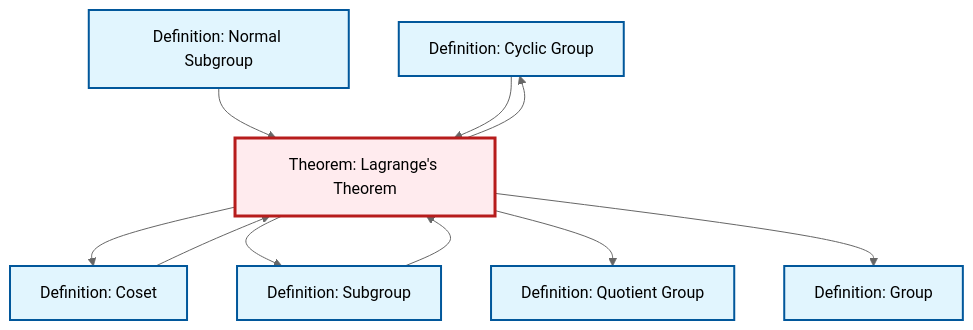
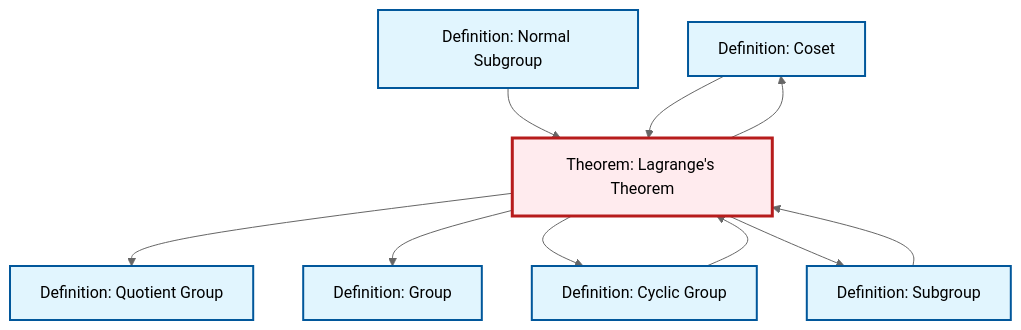
One commit to RK0429/ModernMath changed the diagram in content/ja/algebra/thm-lagrange.qmd. Above: the diagram before and after it, drawn with Mermaid (neutral theme). The commit also changed other lines of this file and 434 other files, not shown here.

````diff
--- a/content/ja/algebra/thm-lagrange.qmd
+++ b/content/ja/algebra/thm-lagrange.qmd
@@ -44,32 +44,32 @@
 ```{mermaid}
 %%| fig-cap: "Local dependency graph"
 graph TD
     classDef definition fill:#e1f5fe,stroke:#01579b,stroke-width:2px
     classDef theorem fill:#f3e5f5,stroke:#4a148c,stroke-width:2px
     classDef axiom fill:#fff3e0,stroke:#e65100,stroke-width:2px
     classDef example fill:#e8f5e9,stroke:#1b5e20,stroke-width:2px
     classDef current fill:#ffebee,stroke:#b71c1c,stroke-width:3px
-    def-cyclic-group["Definition: Cyclic Group"]:::definition
-    def-subgroup["Definition: Subgroup"]:::definition
     def-coset["Definition: Coset"]:::definition
+    def-group["Definition: Group"]:::definition
     def-normal-subgroup["Definition: Normal Subgroup"]:::definition
     def-quotient-group["Definition: Quotient Group"]:::definition
     thm-lagrange["Theorem: Lagrange's Theorem"]:::theorem
-    def-group["Definition: Group"]:::definition
+    def-cyclic-group["Definition: Cyclic Group"]:::definition
+    def-subgroup["Definition: Subgroup"]:::definition
+    thm-lagrange --> def-quotient-group
+    def-normal-subgroup --> thm-lagrange
+    thm-lagrange --> def-group
     thm-lagrange --> def-cyclic-group
-    def-normal-subgroup --> thm-lagrange
     thm-lagrange --> def-coset
+    def-coset --> thm-lagrange
+    def-cyclic-group --> thm-lagrange
     thm-lagrange --> def-subgroup
-    def-cyclic-group --> thm-lagrange
-    def-coset --> thm-lagrange
-    thm-lagrange --> def-quotient-group
-    thm-lagrange --> def-group
     def-subgroup --> thm-lagrange
     class thm-lagrange current
+    click def-coset "def-coset.html" "Definition: Cosetへ"
+    click def-group "def-group.html" "Definition: Groupへ"
+    click def-normal-subgroup "def-normal-subgroup.html" "Definition: Normal Subgroupへ"
+    click def-quotient-group "def-quotient-group.html" "Definition: Quotient Groupへ"
     click def-cyclic-group "def-cyclic-group.html" "Definition: Cyclic Groupへ"
     click def-subgroup "def-subgroup.html" "Definition: Subgroupへ"
-    click def-coset "def-coset.html" "Definition: Cosetへ"
-    click def-normal-subgroup "def-normal-subgroup.html" "Definition: Normal Subgroupへ"
-    click def-quotient-group "def-quotient-group.html" "Definition: Quotient Groupへ"
-    click def-group "def-group.html" "Definition: Groupへ"
 ```
````
